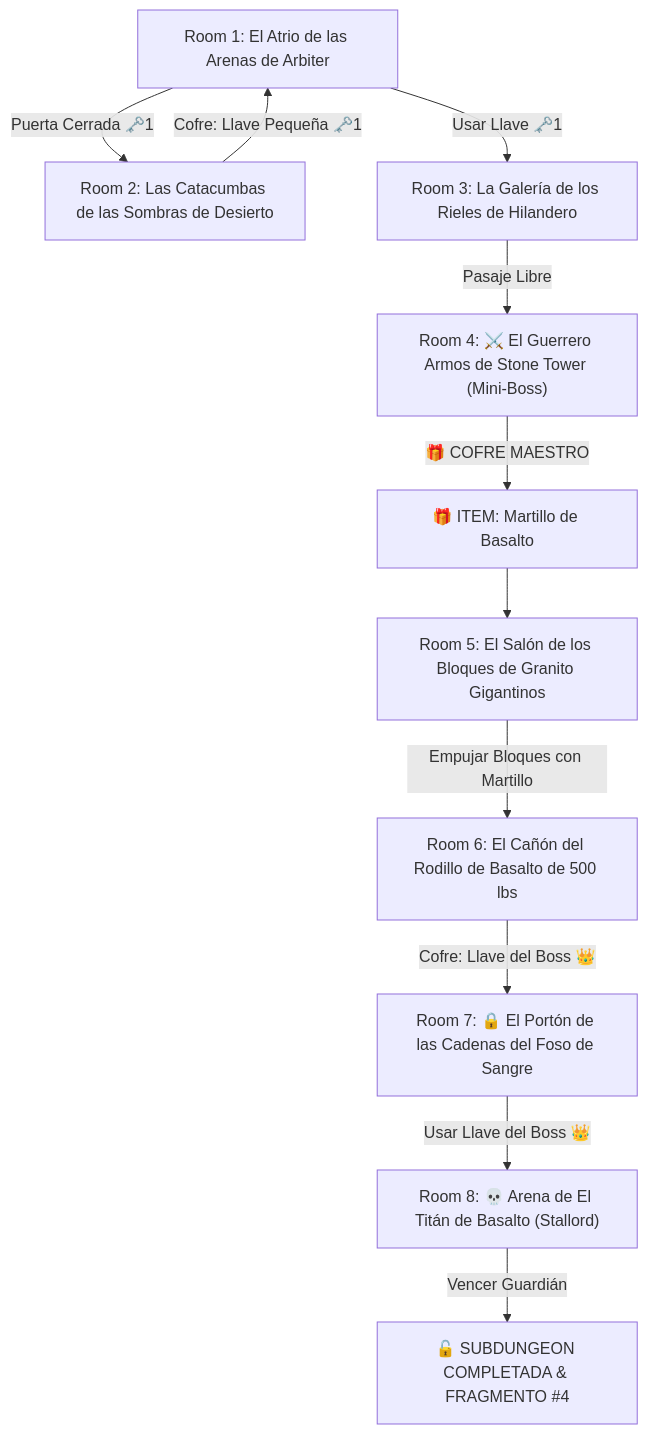
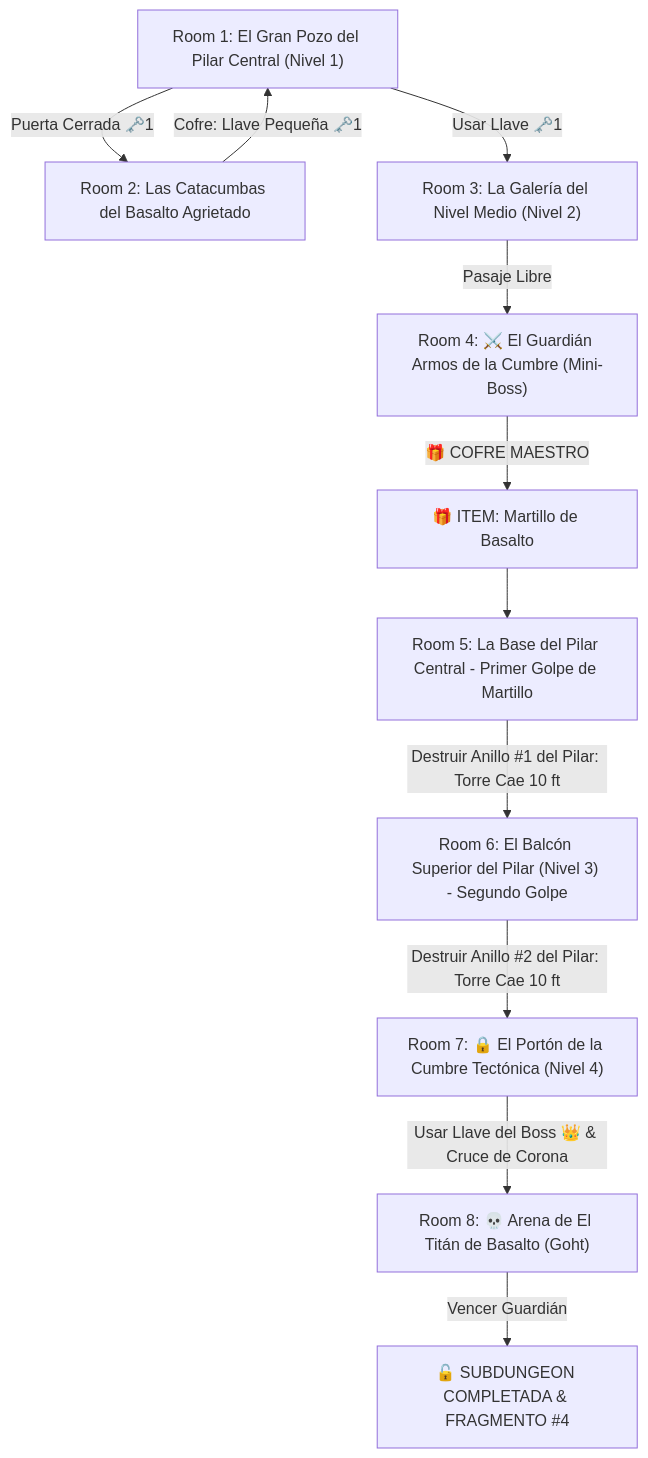
The diagram in 7 - DM/OneShots/ARepeat/Subdungeons/04_Subdungeon_Tierra_Dominio.md (linkmati/ShivathLyss), drawn with Mermaid before and after one commit. The commit also changed other lines of this file and 12 other files, not shown here.

````diff
--- a/7 - DM/OneShots/ARepeat/Subdungeons/04_Subdungeon_Tierra_Dominio.md
+++ b/7 - DM/OneShots/ARepeat/Subdungeons/04_Subdungeon_Tierra_Dominio.md
@@ -14,13 +15,14 @@
 ```mermaid
 graph TD
-    S1["Room 1: El Atrio de las Arenas de Arbiter"] -->|Puerta Cerrada 🗝️1| S2["Room 2: Las Catacumbas de las Sombras de Desierto"]
+    S1["Room 1: El Gran Pozo del Pilar Central (Nivel 1)"] -->|Puerta Cerrada 🗝️1| S2["Room 2: Las Catacumbas del Basalto Agrietado"]
     S2 -->|Cofre: Llave Pequeña 🗝️1| S1
-    S1 -->|Usar Llave 🗝️1| S3["Room 3: La Galería de los Rieles de Hilandero"]
-    S3 -->|Pasaje Libre| S4["Room 4: ⚔️ El Guerrero Armos de Stone Tower (Mini-Boss)"]
+    S1 -->|Usar Llave 🗝️1| S3["Room 3: La Galería del Nivel Medio (Nivel 2)"]
+    S3 -->|Pasaje Libre| S4["Room 4: ⚔️ El Guardián Armos de la Cumbre (Mini-Boss)"]
     S4 -->|🎁 COFRE MAESTRO| Item["🎁 ITEM: Martillo de Basalto"]
-    Item --> S5["Room 5: El Salón de los Bloques de Granito Gigantinos"]
-    S5 -->|Empujar Bloques con Martillo| S6["Room 6: El Cañón del Rodillo de Basalto de 500 lbs"]
-    S6 -->|Cofre: Llave del Boss 👑| S7["Room 7: 🔒 El Portón de las Cadenas del Foso de Sangre"]
-    S7 -->|Usar Llave del Boss 👑| S8["Room 8: 💀 Arena de El Titán de Basalto (Stallord)"]
+    
+    Item --> S5["Room 5: La Base del Pilar Central - Primer Golpe de Martillo"]
+    S5 -->|Destruir Anillo #1 del Pilar: Torre Cae 10 ft| S6["Room 6: El Balcón Superior del Pilar (Nivel 3) - Segundo Golpe"]
+    S6 -->|Destruir Anillo #2 del Pilar: Torre Cae 10 ft| S7["Room 7: 🔒 El Portón de la Cumbre Tectónica (Nivel 4)"]
+    S7 -->|Usar Llave del Boss 👑 & Cruce de Corona| S8["Room 8: 💀 Arena de El Titán de Basalto (Goht)"]
     S8 -->|Vencer Guardián| Win["🔓 SUBDUNGEON COMPLETADA & FRAGMENTO #4"]
 ```
````
